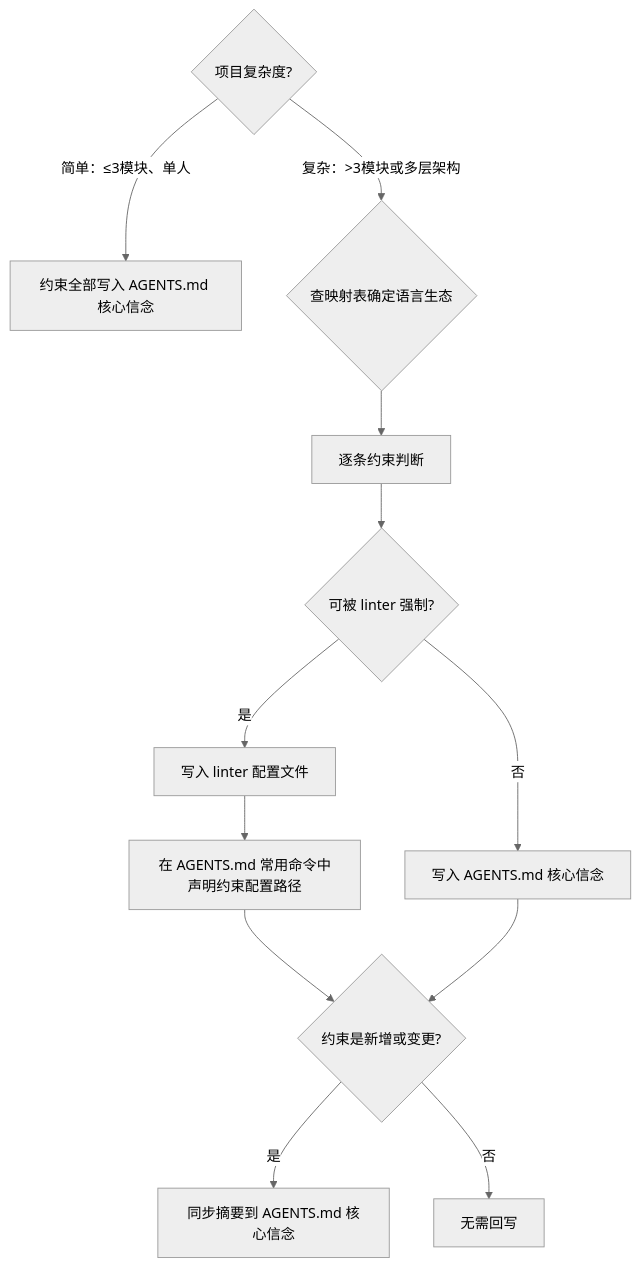
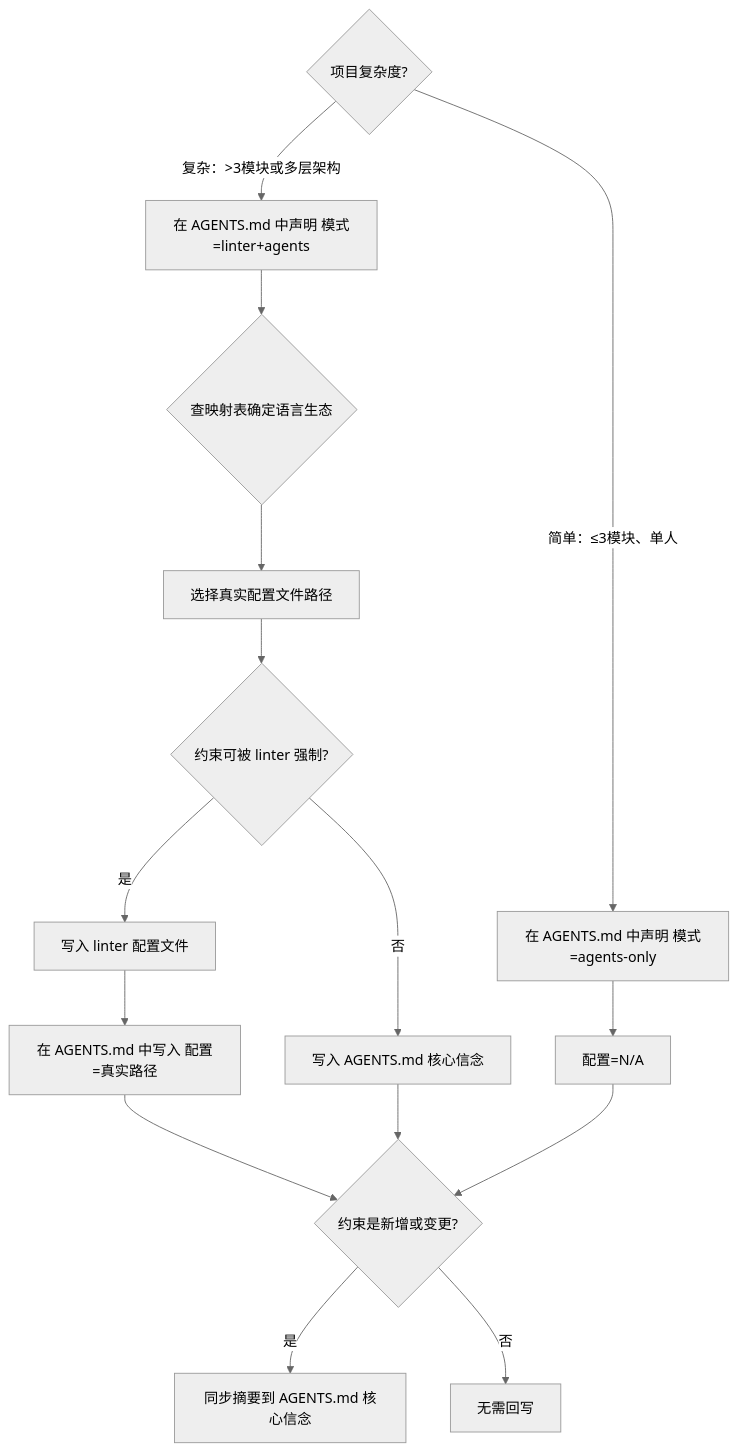
One commit to jiabai/awesome-skills changed the diagram in vibe-coding-launcher/references/architecture-constraints.md. Above: the diagram before and after it, drawn with Mermaid (neutral theme). The commit also changed other lines of this file and 5 other files, not shown here.

````diff
--- a/vibe-coding-launcher/references/architecture-constraints.md
+++ b/vibe-coding-launcher/references/architecture-constraints.md
@@ -34,14 +34,17 @@
 ```mermaid
 flowchart TD
-    A{项目复杂度?} -->|简单：≤3模块、单人| B[约束全部写入 AGENTS.md 核心信念]
-    A -->|复杂：>3模块或多层架构| C{查映射表确定语言生态}
-    C --> D[逐条约束判断]
-    D --> E{可被 linter 强制?}
-    E -->|是| F[写入 linter 配置文件]
-    E -->|否| G[写入 AGENTS.md 核心信念]
-    F --> H[在 AGENTS.md 常用命令中声明约束配置路径]
-    H --> I{约束是新增或变更?}
-    G --> I
-    I -->|是| J[同步摘要到 AGENTS.md 核心信念]
-    I -->|否| K[无需回写]
+    A{项目复杂度?} -->|简单：≤3模块、单人| B[在 AGENTS.md 中声明 模式=agents-only]
+    A -->|复杂：>3模块或多层架构| C[在 AGENTS.md 中声明 模式=linter+agents]
+    B --> D[配置=N/A]
+    C --> E{查映射表确定语言生态}
+    E --> F[选择真实配置文件路径]
+    F --> G{约束可被 linter 强制?}
+    G -->|是| H[写入 linter 配置文件]
+    G -->|否| I[写入 AGENTS.md 核心信念]
+    H --> J[在 AGENTS.md 中写入 配置=真实路径]
+    J --> K{约束是新增或变更?}
+    I --> K
+    D --> K
+    K -->|是| L[同步摘要到 AGENTS.md 核心信念]
+    K -->|否| M[无需回写]
 ```
````
